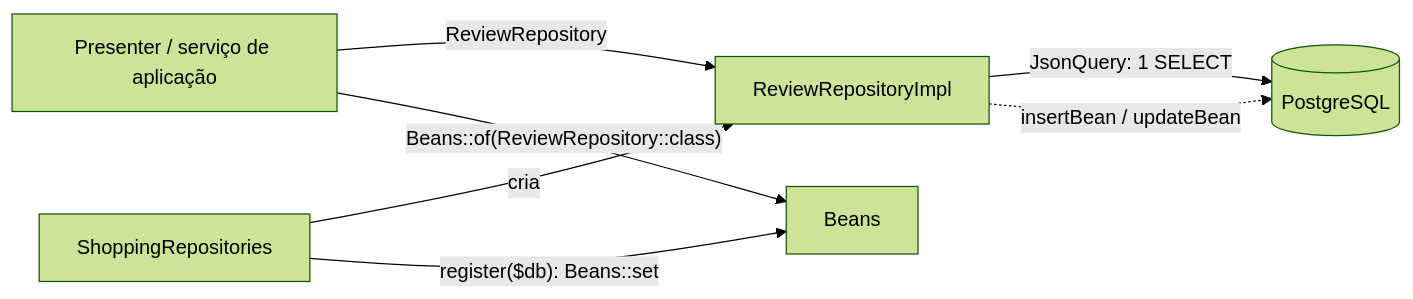
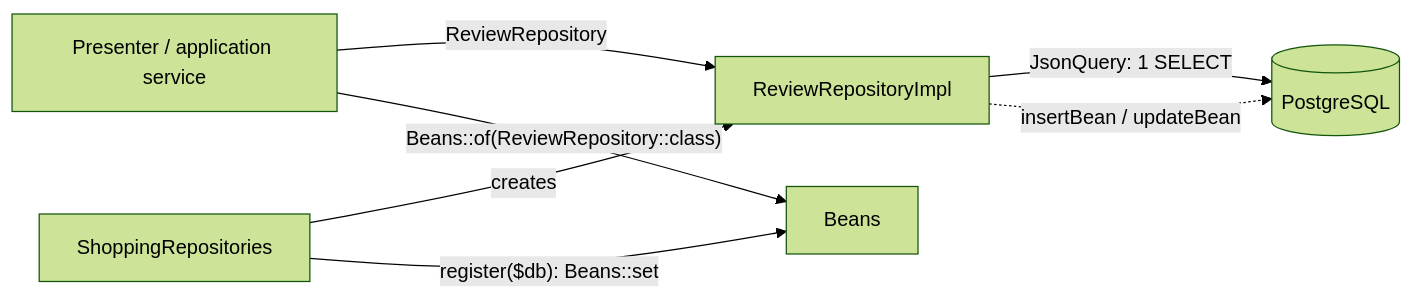
One commit to mrcdom/wdc-cube-php changed the diagram in docs/dev/repository.md. Above: the diagram before and after it, drawn with Mermaid (forest theme). The commit also changed other lines of this file and 303 other files, not shown here.

````diff
--- a/docs/dev/repository.md
+++ b/docs/dev/repository.md
@@ -43,9 +43,9 @@
 ```mermaid
 flowchart LR
-    P[Presenter / serviço de aplicação] -->|ReviewRepository| I[ReviewRepositoryImpl]
+    P[Presenter / application service] -->|ReviewRepository| I[ReviewRepositoryImpl]
     I -->|JsonQuery: 1 SELECT| DB[(PostgreSQL)]
     I -.->|insertBean / updateBean| DB
-    R[ShoppingRepositories] -->|cria| I
+    R[ShoppingRepositories] -->|creates| I
     R -->|"register($db): Beans::set"| B[Beans]
     P -->|"Beans::of(ReviewRepository::class)"| B
 ```
````
